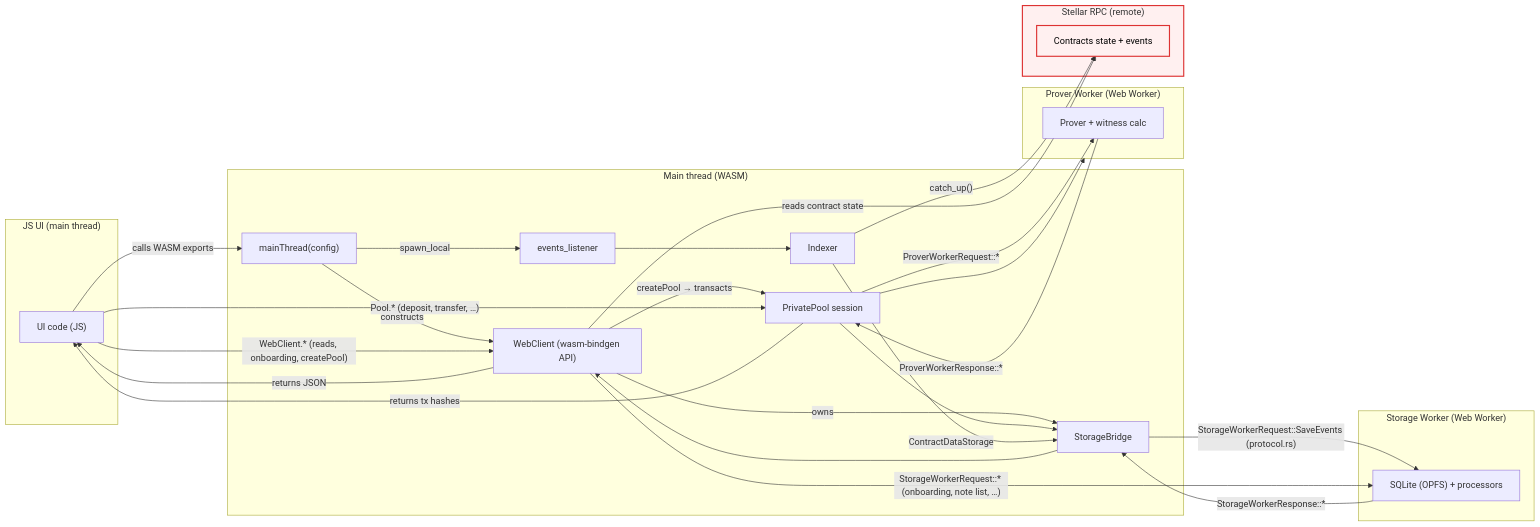
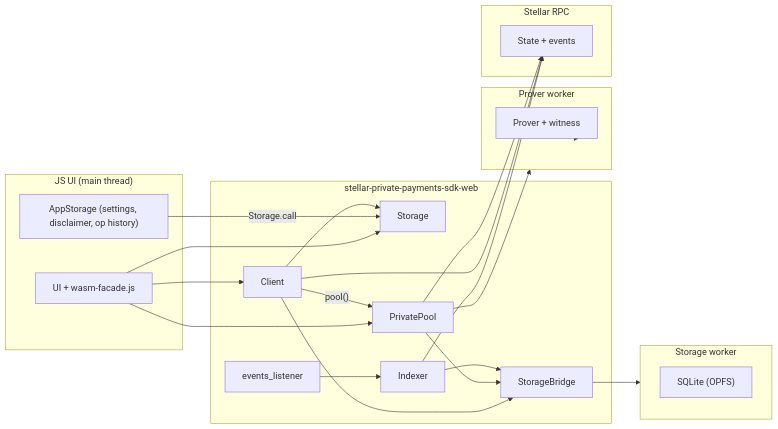
One commit to NethermindEth/stellar-private-payments changed the diagram in app/ARCHITECTURE.md. Above: the diagram before and after it, drawn with Mermaid. The commit also changed other lines of this file and 48 other files, not shown here.

First line of the commit message:
Web SDK integration (#335)

````diff
--- a/app/ARCHITECTURE.md
+++ b/app/ARCHITECTURE.md
@@ -92,58 +108,45 @@
 ```mermaid
 flowchart LR
-  %% Main thread
   subgraph JS["JS UI (main thread)"]
-    UI["UI code (JS)"]
+    UI["UI + wasm-facade.js"]
+    AS["AppStorage (settings, disclaimer, op history)"]
   end
 
-  subgraph WASM["Main thread (WASM)"]
-    MT["mainThread(config)"]
-    WC["WebClient (wasm-bindgen API)"]
-    PP["PrivatePool session"]
+  subgraph PKG["stellar-private-payments-sdk-web"]
+    ST["Storage"]
+    CL["Client"]
+    PP["PrivatePool"]
     SB["StorageBridge"]
     EL["events_listener"]
     IDX["Indexer"]
   end
 
-  %% Workers
-  subgraph SW["Storage Worker (Web Worker)"]
-    DB["SQLite (OPFS) + processors"]
+  subgraph SW["Storage worker"]
+    DB["SQLite (OPFS)"]
   end
 
-  subgraph PW["Prover Worker (Web Worker)"]
-    PR["Prover + witness calc"]
+  subgraph PW["Prover worker"]
+    PR["Prover + witness"]
   end
 
-  %% Remote dependency (not local)
-  subgraph RPC["Stellar RPC (remote)"]
-    RPCAPI["Contracts state + events"]
+  subgraph RPC["Stellar RPC"]
+    RPCAPI["State + events"]
   end
 
-  UI -->|"calls WASM exports"| MT
-  MT -->|"constructs"| WC
-  WC -->|"owns"| SB
-  WC -->|"createPool → transacts"| PP
+  UI --> ST
+  UI --> CL
+  UI --> PP
+  AS -->|"Storage.call"| ST
+  CL --> ST
+  CL --> SB
+  CL -->|"pool()"| PP
   PP --> SB
   PP --> PW
-
-  MT -->|"spawn_local"| EL
   EL --> IDX
-  IDX -->|"catch_up()"| RPCAPI
-  IDX -->|"ContractDataStorage"| SB
-  SB -->|"StorageWorkerRequest::SaveEvents (protocol.rs)"| DB
-
-  UI -->|"WebClient.* (reads, onboarding, createPool)"| WC
-  UI -->|"Pool.* (deposit, transfer, …)"| PP
-  WC -->|"reads contract state"| RPCAPI
-  WC -->|"StorageWorkerRequest::* (onboarding, note list, …)"| DB
-  PP -->|"ProverWorkerRequest::*"| PR
-  PR -->|"ProverWorkerResponse::*"| PP
-  DB -->|"StorageWorkerResponse::*"| SB
-  SB --> WC
-  WC -->|"returns JSON"| UI
-  PP -->|"returns tx hashes"| UI
-
-  classDef remote fill:#fff0f0,stroke:#d33,stroke-width:2px,color:#000;
-  style RPC fill:#fff0f0,stroke:#d33,stroke-width:2px;
-  class RPCAPI remote;
+  IDX --> RPCAPI
+  IDX --> SB
+  SB --> SW
+  PW --> PR
+  CL --> RPCAPI
+  PP --> RPCAPI
 ```
````
